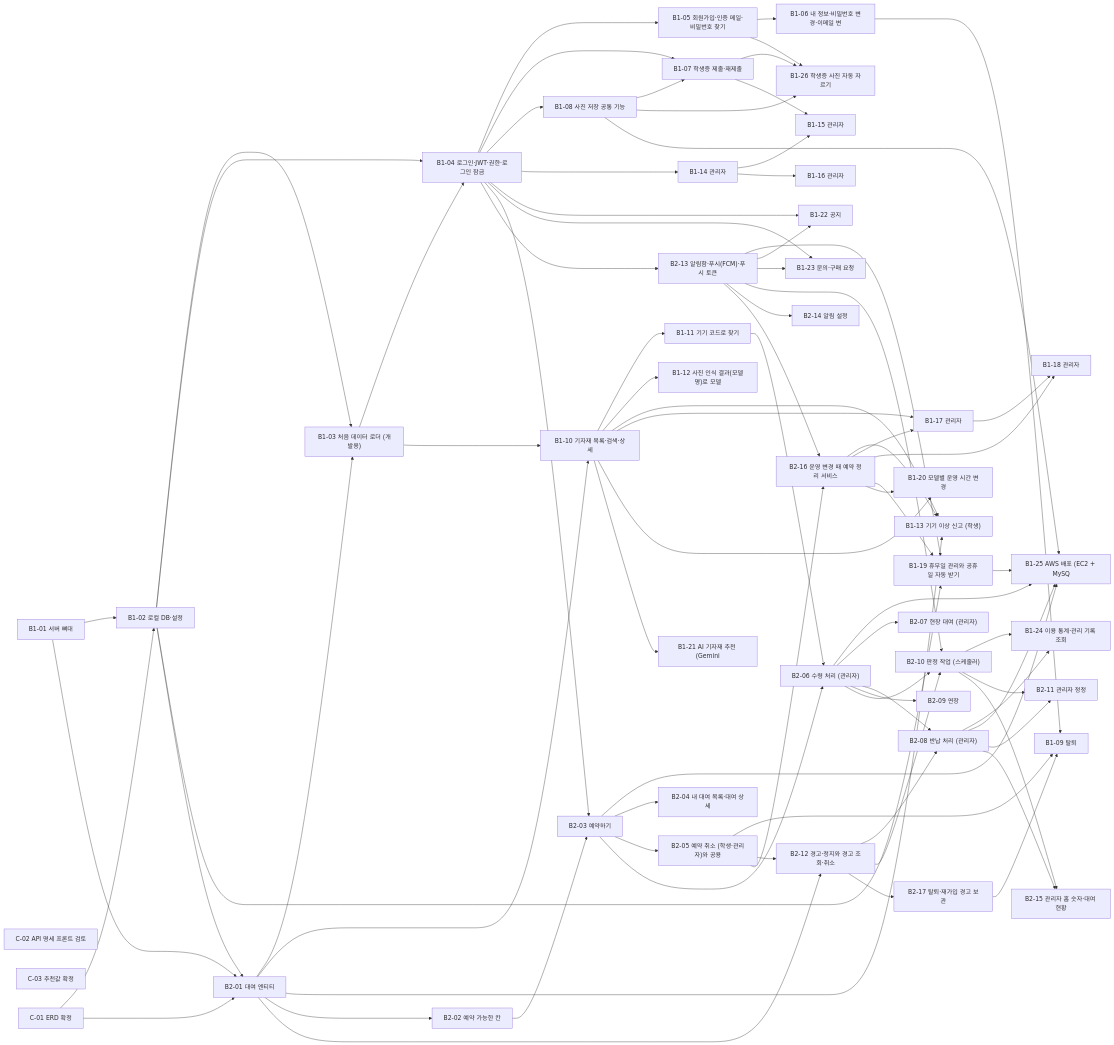
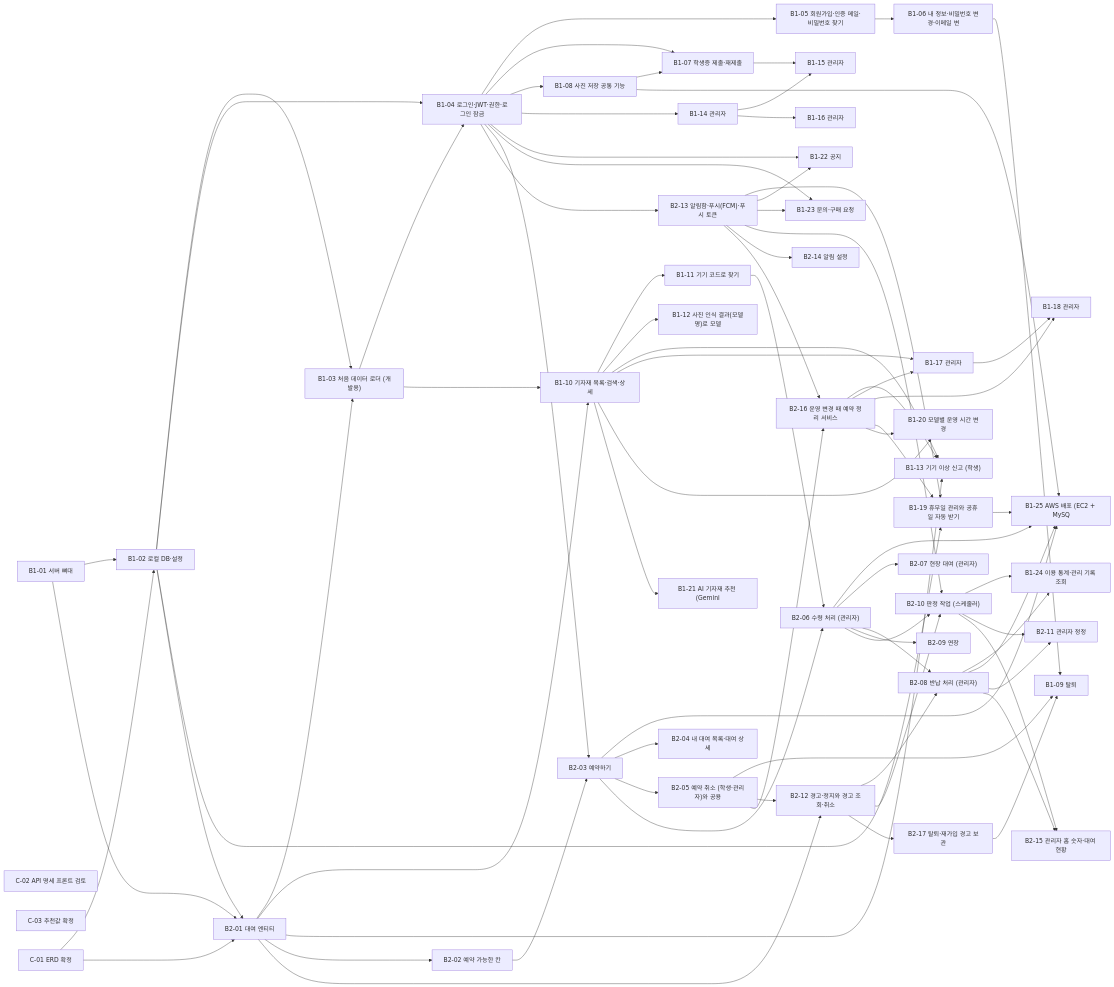
One commit to Hansung-SmartRent/SmartRent-Server changed the diagram in docs/issues/README.md. Above: the diagram before and after it, drawn with Mermaid. The commit also changed other lines of this file and 10 other files, not shown here.

```diff
--- a/docs/issues/README.md
+++ b/docs/issues/README.md
@@ -68,7 +68,6 @@
   B1_23["B1-23 문의·구매 요청"]
   B1_24["B1-24 이용 통계·관리 기록 조회"]
   B1_25["B1-25 AWS 배포 (EC2 + MySQ"]
-  B1_26["B1-26 학생증 사진 자동 자르기"]
   B2_01["B2-01 대여 엔티티"]
   B2_02["B2-02 예약 가능한 칸"]
   B2_03["B2-03 예약하기"]
@@ -96,9 +95,6 @@
   B1_05 --> B1_06
   B1_04 --> B1_07
   B1_08 --> B1_07
-  B1_05 --> B1_26
-  B1_07 --> B1_26
-  B1_08 --> B1_26
   B1_04 --> B1_08
   B1_06 --> B1_09
   B2_05 --> B1_09
```
